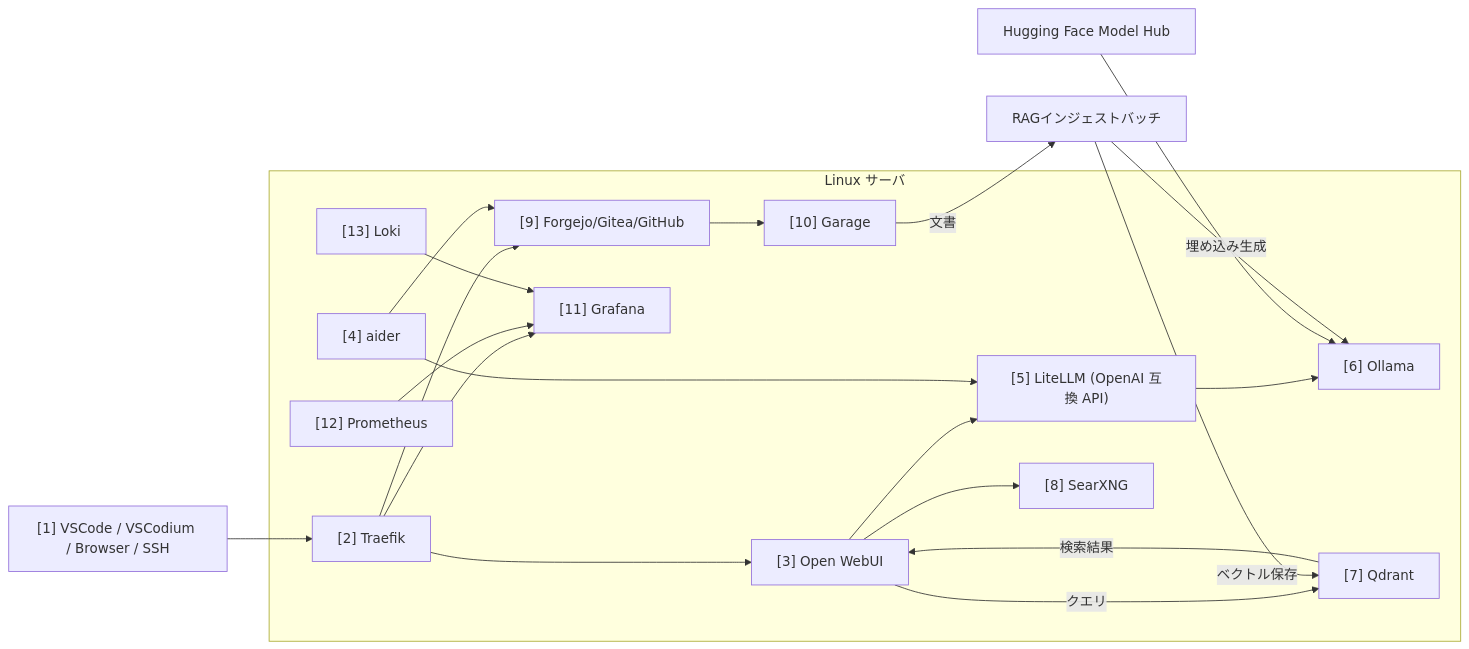
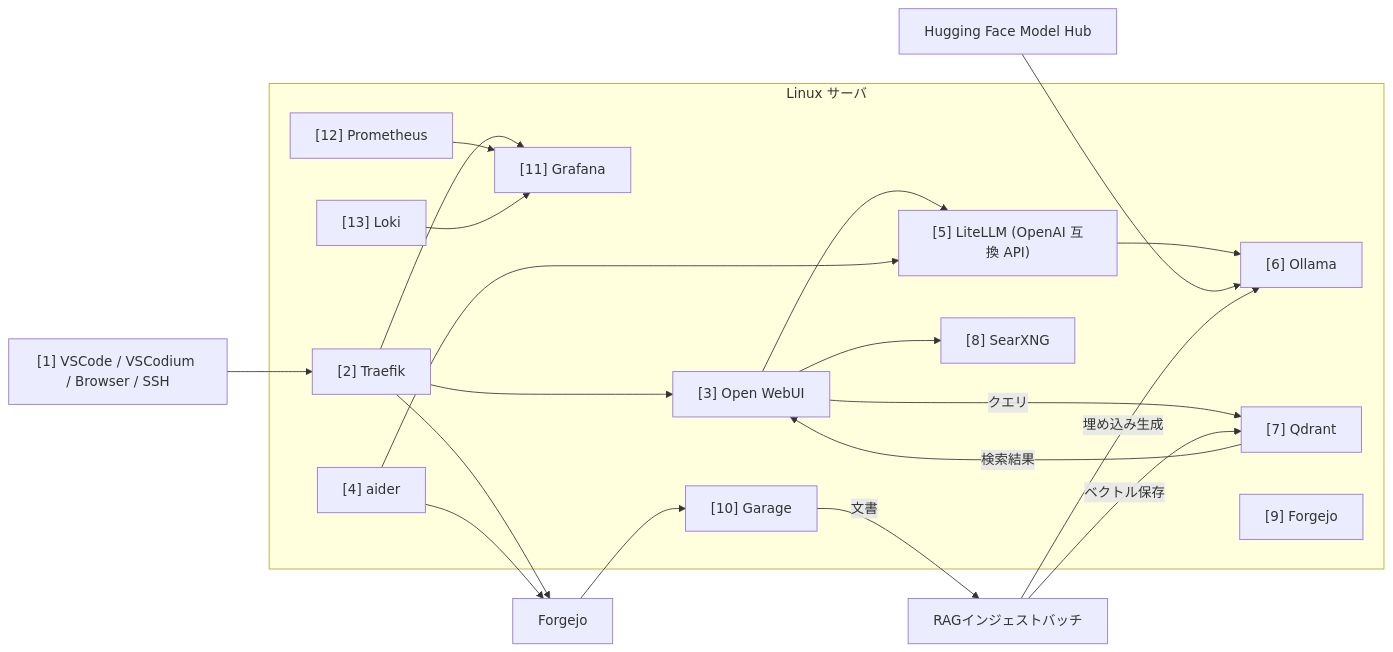
The first of 4 diagrams in _document/001.提案・要求仕様フェーズ/002.インフラ構成案/002-00.ローカルバイブコーディング環境インフラ案.md (BossApe/lo-vibe), drawn with Mermaid before and after one commit. The commit also changed other lines of this file and 38 other files, not shown here.

````diff
--- a/_document/001.提案・要求仕様フェーズ/002.インフラ構成案/002-00.ローカルバイブコーディング環境インフラ案.md
+++ b/_document/001.提案・要求仕様フェーズ/002.インフラ構成案/002-00.ローカルバイブコーディング環境インフラ案.md
@@ -50,38 +50,38 @@
 ```mermaid
 flowchart LR
     Dev["[1] VSCode / VSCodium / Browser / SSH"] --> Proxy
     HF[Hugging Face Model Hub]
 
     subgraph LinuxServer[Linux サーバ]
         Proxy["[2] Traefik"]
         WebUI["[3] Open WebUI"]
         Aider["[4] aider"]
         ContinueAPI["[5] LiteLLM (OpenAI 互換 API)"]
         Ollama["[6] Ollama"]
         Qdrant["[7] Qdrant"]
         Searxng["[8] SearXNG"]
-        Gitea["[9] Forgejo/Gitea/GitHub"]
+        Gitea["[9] Forgejo"]
         Garage["[10] Garage"]
         Grafana["[11] Grafana"]
         Prometheus["[12] Prometheus"]
         Loki["[13] Loki"]
     end
 
     Proxy --> WebUI
-    Proxy --> Gitea
+    Proxy --> Forgejo
     Proxy --> Grafana
     WebUI --> ContinueAPI
     Aider --> ContinueAPI
     ContinueAPI --> Ollama
     WebUI -->|クエリ| Qdrant
     Qdrant -->|検索結果| WebUI
     WebUI --> Searxng
-    Aider --> Gitea
-    Gitea --> Garage
+    Aider --> Forgejo
+    Forgejo --> Garage
     HF --> Ollama
     Prometheus --> Grafana
     Loki --> Grafana
     Garage -->|文書| RagBatch["RAGインジェストバッチ"]
     RagBatch -->|埋め込み生成| Ollama
     RagBatch -->|ベクトル保存| Qdrant
 ```
````
